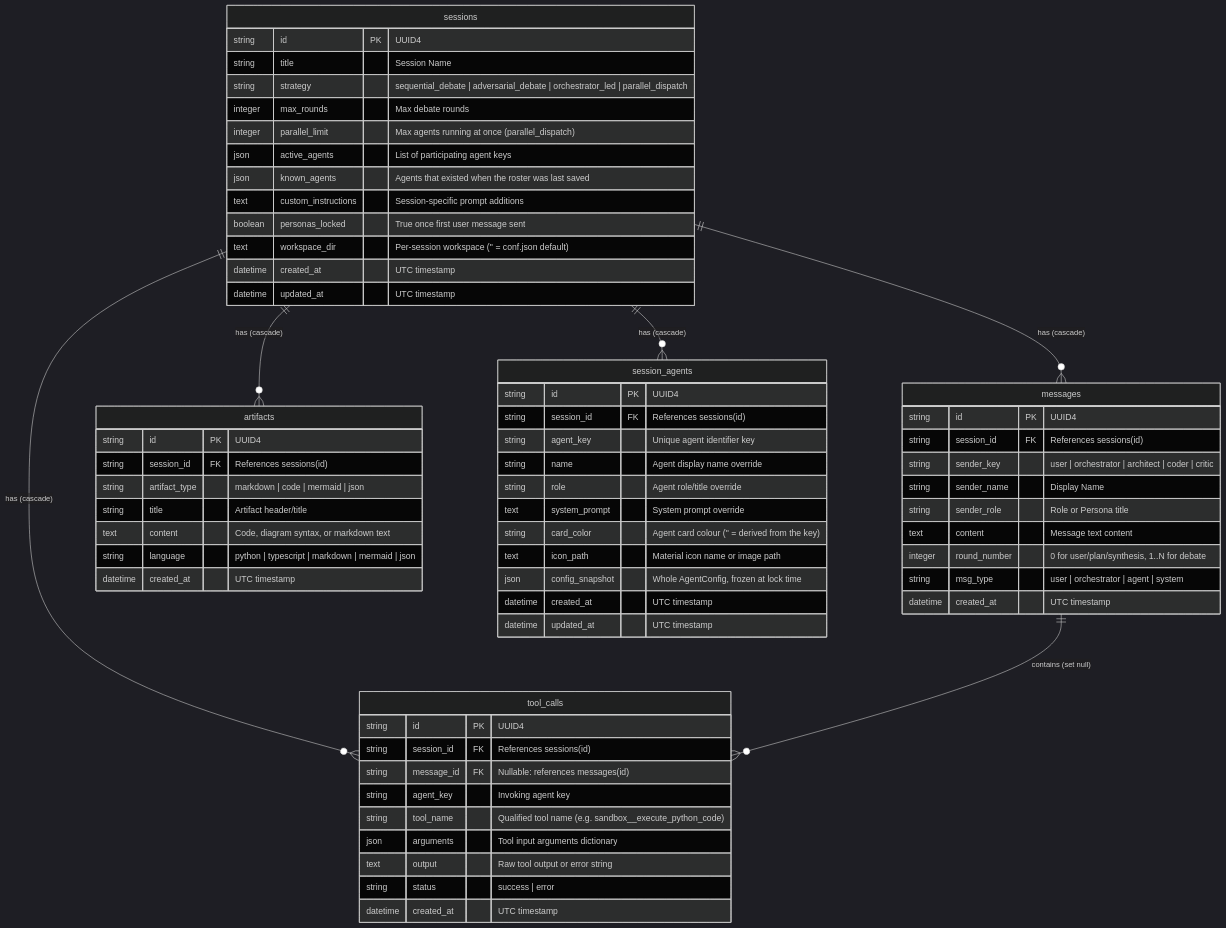
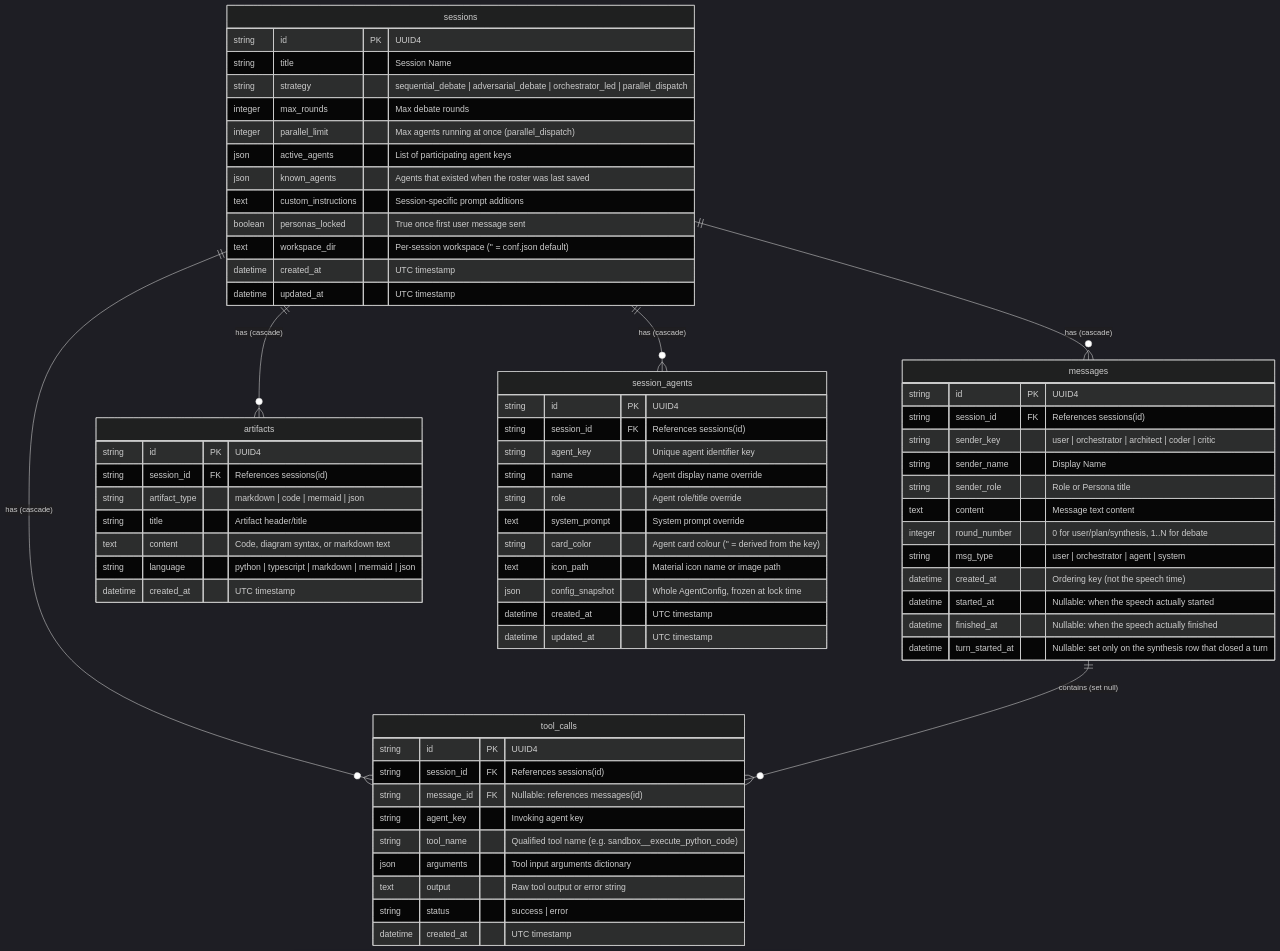
One commit to HaJaehee/MultiAgentDebateAndOrchestrationPlatform changed the diagram in wiki/architecture/database-schema.md. Above: the diagram before and after it, drawn with Mermaid (dark theme). The commit also changed other lines of this file and 20 other files, not shown here.

````diff
--- a/wiki/architecture/database-schema.md
+++ b/wiki/architecture/database-schema.md
@@ -9,71 +9,74 @@
 ```mermaid
 erDiagram
     sessions ||--o{ messages : "has (cascade)"
     sessions ||--o{ tool_calls : "has (cascade)"
     sessions ||--o{ artifacts : "has (cascade)"
     sessions ||--o{ session_agents : "has (cascade)"
     messages ||--o{ tool_calls : "contains (set null)"
 
     sessions {
         string id PK "UUID4"
         string title "Session Name"
         string strategy "sequential_debate | adversarial_debate | orchestrator_led | parallel_dispatch"
         integer max_rounds "Max debate rounds"
         integer parallel_limit "Max agents running at once (parallel_dispatch)"
         json active_agents "List of participating agent keys"
         json known_agents "Agents that existed when the roster was last saved"
         text custom_instructions "Session-specific prompt additions"
         boolean personas_locked "True once first user message sent"
         text workspace_dir "Per-session workspace ('' = conf.json default)"
         datetime created_at "UTC timestamp"
         datetime updated_at "UTC timestamp"
     }
 
     messages {
         string id PK "UUID4"
         string session_id FK "References sessions(id)"
         string sender_key "user | orchestrator | architect | coder | critic"
         string sender_name "Display Name"
         string sender_role "Role or Persona title"
         text content "Message text content"
         integer round_number "0 for user/plan/synthesis, 1..N for debate"
         string msg_type "user | orchestrator | agent | system"
-        datetime created_at "UTC timestamp"
+        datetime created_at "Ordering key (not the speech time)"
+        datetime started_at "Nullable: when the speech actually started"
+        datetime finished_at "Nullable: when the speech actually finished"
+        datetime turn_started_at "Nullable: set only on the synthesis row that closed a turn"
     }
 
     tool_calls {
         string id PK "UUID4"
         string session_id FK "References sessions(id)"
         string message_id FK "Nullable: references messages(id)"
         string agent_key "Invoking agent key"
         string tool_name "Qualified tool name (e.g. sandbox__execute_python_code)"
         json arguments "Tool input arguments dictionary"
         text output "Raw tool output or error string"
         string status "success | error"
         datetime created_at "UTC timestamp"
     }
 
     artifacts {
         string id PK "UUID4"
         string session_id FK "References sessions(id)"
         string artifact_type "markdown | code | mermaid | json"
         string title "Artifact header/title"
         text content "Code, diagram syntax, or markdown text"
         string language "python | typescript | markdown | mermaid | json"
         datetime created_at "UTC timestamp"
     }
 
     session_agents {
         string id PK "UUID4"
         string session_id FK "References sessions(id)"
         string agent_key "Unique agent identifier key"
         string name "Agent display name override"
         string role "Agent role/title override"
         text system_prompt "System prompt override"
         string card_color "Agent card colour ('' = derived from the key)"
         text icon_path "Material icon name or image path"
         json config_snapshot "Whole AgentConfig, frozen at lock time"
         datetime created_at "UTC timestamp"
         datetime updated_at "UTC timestamp"
     }
 ```
````
